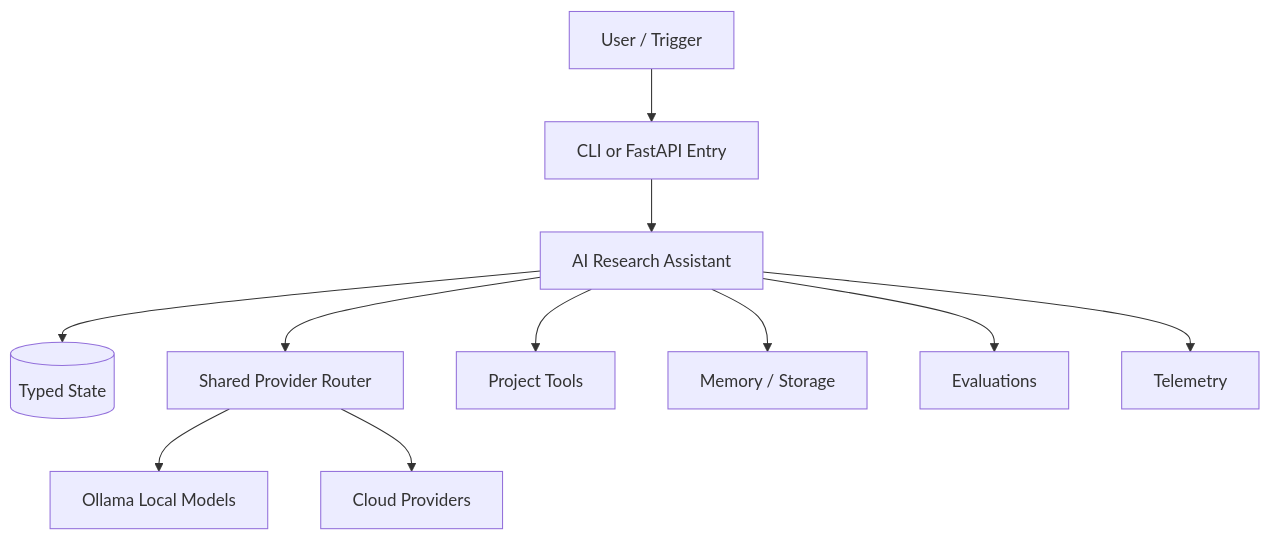
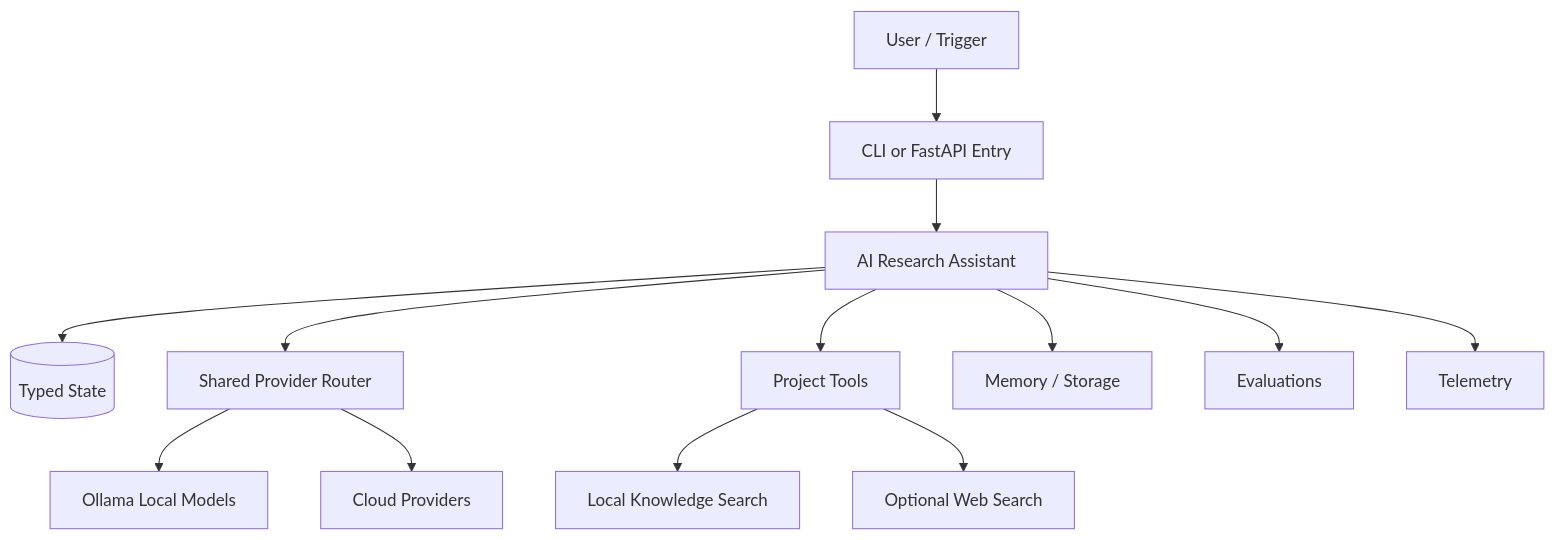
One commit to Nikhil-Xavier-DS/Agentic-System-Design-Primer changed the diagram in projects/react-agent-ai-research-assistant/README.md. Above: the diagram before and after it, drawn with Mermaid. The commit also changed other lines of this file and 6 other files, not shown here.

````diff
--- a/projects/react-agent-ai-research-assistant/README.md
+++ b/projects/react-agent-ai-research-assistant/README.md
@@ -9,13 +19,15 @@
 ```mermaid
 flowchart TB
     User[User / Trigger] --> API[CLI or FastAPI Entry]
     API --> Agent[AI Research Assistant]
     Agent --> State[(Typed State)]
     Agent --> Router[Shared Provider Router]
     Router --> Ollama[Ollama Local Models]
     Router --> Cloud[Cloud Providers]
     Agent --> Tools[Project Tools]
     Agent --> Memory[Memory / Storage]
     Agent --> Eval[Evaluations]
     Agent --> Obs[Telemetry]
+    Tools --> LocalKB[Local Knowledge Search]
+    Tools --> Web[Optional Web Search]
 ```
````
